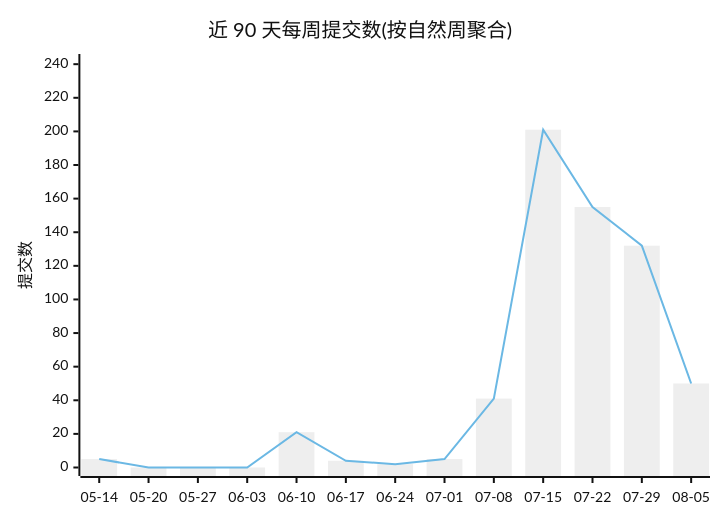
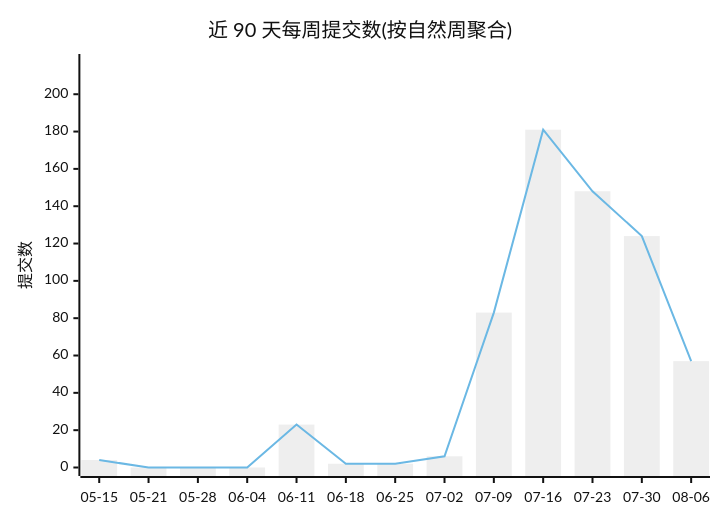
One commit to Conflux-Union/.github changed the first of 2 diagrams in profile/README.md. Above: the diagram before and after it, drawn with Mermaid (neutral theme). The commit also changed other lines of this file and 1 other file, not shown here.

````diff
--- a/profile/README.md
+++ b/profile/README.md
@@ -44,8 +44,8 @@
 ```mermaid
 xychart-beta
     title "近 90 天每周提交数(按自然周聚合)"
-    x-axis ["05-14", "05-20", "05-27", "06-03", "06-10", "06-17", "06-24", "07-01", "07-08", "07-15", "07-22", "07-29", "08-05"]
-    y-axis "提交数" 0 --> 241
-    bar [5, 0, 0, 0, 21, 4, 2, 5, 41, 201, 155, 132, 50]
-    line [5, 0, 0, 0, 21, 4, 2, 5, 41, 201, 155, 132, 50]
+    x-axis ["05-15", "05-21", "05-28", "06-04", "06-11", "06-18", "06-25", "07-02", "07-09", "07-16", "07-23", "07-30", "08-06"]
+    y-axis "提交数" 0 --> 217
+    bar [4, 0, 0, 0, 23, 2, 2, 6, 83, 181, 148, 124, 57]
+    line [4, 0, 0, 0, 23, 2, 2, 6, 83, 181, 148, 124, 57]
 ```
````
